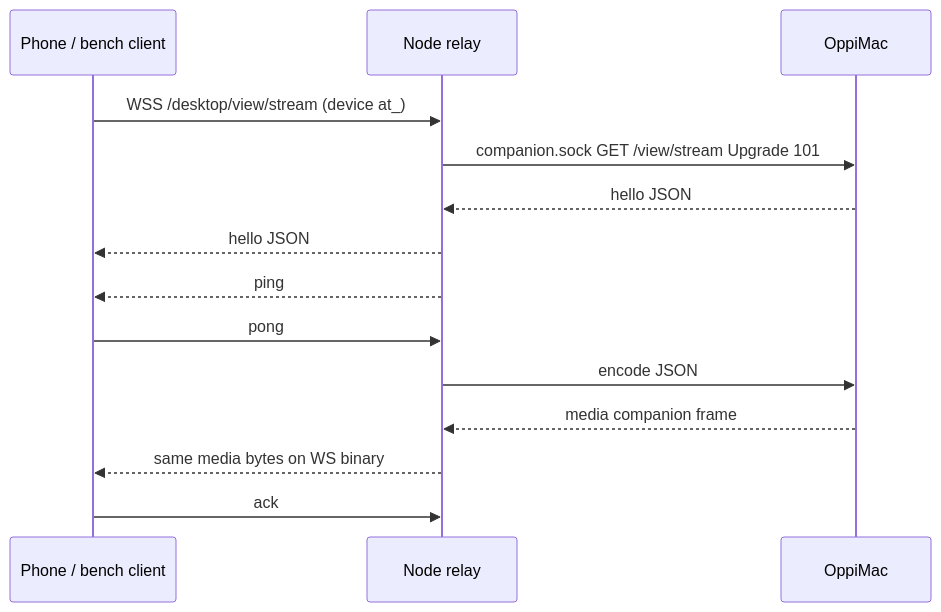
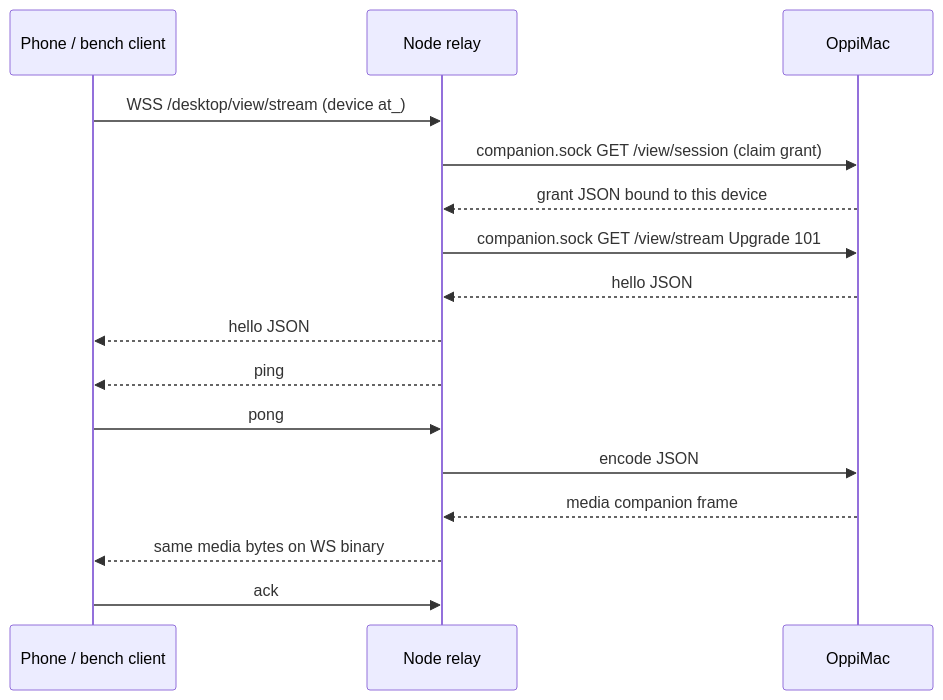
One commit to duh17/oppi changed the diagram in dev/architecture-server/desktop-live-view.md. Above: the diagram before and after it, drawn with Mermaid. The commit also changed other lines of this file and 8 other files, not shown here.

First line of the commit message:
fix: reconnect after inactive flush and claim live-view grant

````diff
--- a/dev/architecture-server/desktop-live-view.md
+++ b/dev/architecture-server/desktop-live-view.md
@@ -17,16 +17,18 @@
 ```mermaid
 sequenceDiagram
   participant P as Phone / bench client
   participant N as Node relay
   participant M as OppiMac
   P->>N: WSS /desktop/view/stream (device at_)
+  N->>M: companion.sock GET /view/session (claim grant)
+  M-->>N: grant JSON bound to this device
   N->>M: companion.sock GET /view/stream Upgrade 101
   M-->>N: hello JSON
   N-->>P: hello JSON
   N-->>P: ping
   P->>N: pong
   N->>M: encode JSON
   M-->>N: media companion frame
   N-->>P: same media bytes on WS binary
   P->>N: ack
 ```
````
